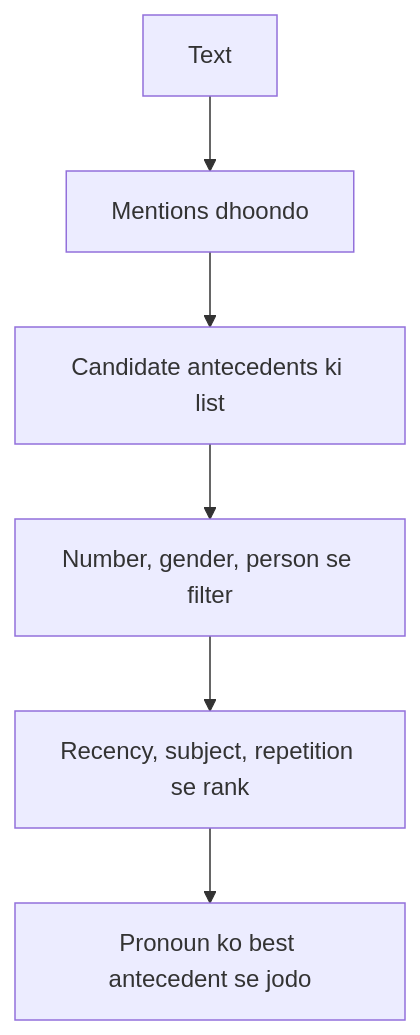
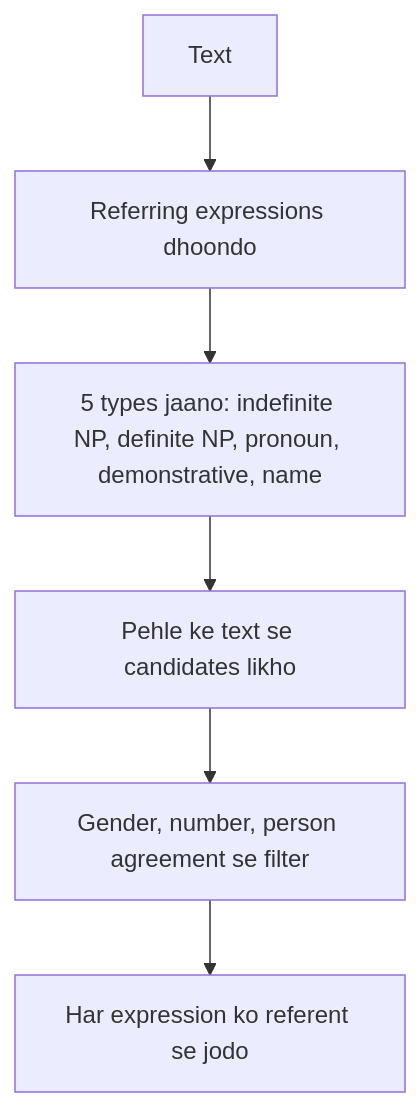
Before and after one commit to TrendySloth1001/sem-seven-notes: the diagram in content/natural-language-processing/pyq/2024-12/q4a.hi.mdx, drawn with Mermaid. The commit also changed other lines of this file and 406 other files, not shown here.

````diff
--- a/content/natural-language-processing/pyq/2024-12/q4a.hi.mdx
+++ b/content/natural-language-processing/pyq/2024-12/q4a.hi.mdx
@@ -27,9 +11,9 @@
 ```mermaid
-%% caption: Pronoun resolution ke steps. Constraints impossible candidates hatati hain; preferences bachon mein se best chunti hain.
+%% caption: Reference resolution problem: expressions andar, links bahar.
 flowchart TD
-  A["Text"] --> B["Mentions dhoondo"]
-  B --> C["Candidate antecedents ki list"]
-  C --> D["Number, gender, person se filter"]
-  D --> E["Recency, subject, repetition se rank"]
-  E --> F["Pronoun ko best antecedent se jodo"]
+  T["Text"] --> E["Referring expressions dhoondo"]
+  E --> T5["5 types jaano: indefinite NP, definite NP, pronoun, demonstrative, name"]
+  T5 --> C["Pehle ke text se candidates likho"]
+  C --> F["Gender, number, person agreement se filter"]
+  F --> L["Har expression ko referent se jodo"]
 ```
````
